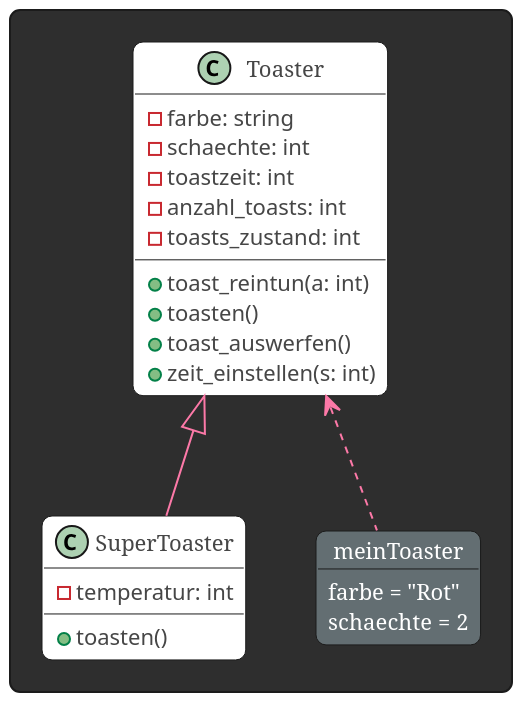
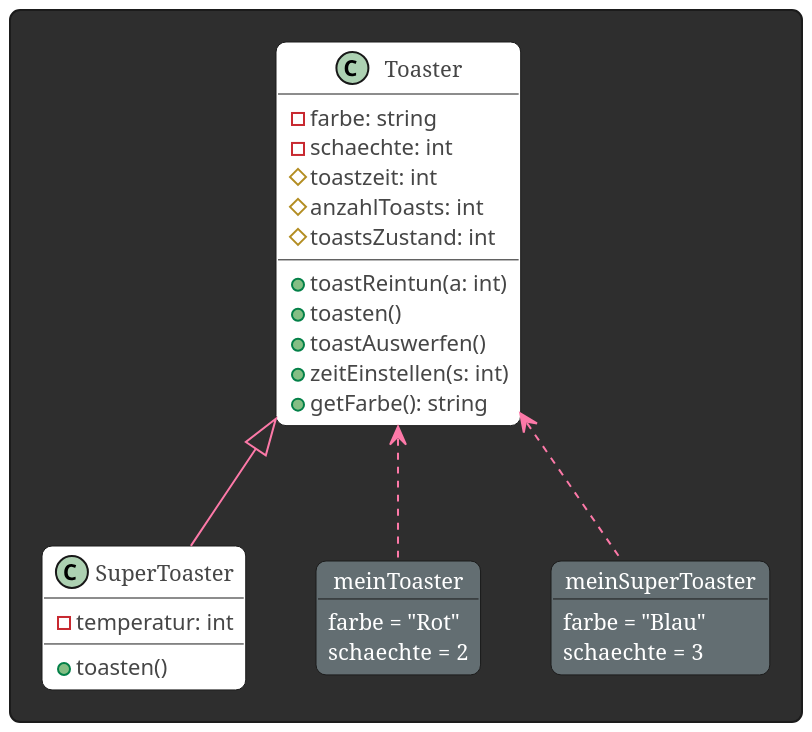
Before and after one commit to caevee/LF-5.3: the diagram in UML/Lernjob 3.5.puml, drawn with PlantUML. The commit also changed 1 other file, not shown here.

Commit message:
Korrektur PlantUML

```diff
--- a/UML/Lernjob 3.5.puml
+++ b/UML/Lernjob 3.5.puml
@@ -1,52 +1,57 @@
 @startuml Lernjob 3.5
 
 !theme reddress-darkgreen
 scale 2
 skinparam {
     TitleFontColor #FFFFFF
     Shadowing false
     ArrowFontColor #FFFFFF
     ArrowFontSize 15
     ArrowColor #fd79a8
     roundcorner 10
     BackgroundColor #FFFFFFF
     ClassHeaderBackgroundColor #9E1981
     ClassBackgroundColor #FFFFFF
     ClassAttributeFontColor #464646
     ObjectAttributeFontColor #FFFFFF
     ObjectBackgroundColor #636e72
 }
 
 rectangle {
     ' Classes
     class Toaster {
         -farbe: string
         -schaechte: int
-        -toastzeit: int 
-        -anzahl_toasts: int
-        -toasts_zustand: int
+        #toastzeit: int 
+        #anzahlToasts: int
+        #toastsZustand: int
 
-        +toast_reintun(a: int)
+        +toastReintun(a: int)
         +toasten()
-        +toast_auswerfen()
-        +zeit_einstellen(s: int)
+        +toastAuswerfen()
+        +zeitEinstellen(s: int)
+        +getFarbe(): string
     }
     class SuperToaster {
         -temperatur: int
         +toasten()
     }
 
     ' Inheritance
     Toaster <|-- SuperToaster
 
     ' Object creations
     object meinToaster {
         farbe = "Rot"
         schaechte = 2
     }
-
+    object meinSuperToaster {
+        farbe = "Blau"
+        schaechte = 3
+    }
 
     ' Object associations
     Toaster <.. meinToaster
+    Toaster <.. meinSuperToaster
 }
 @enduml
```
